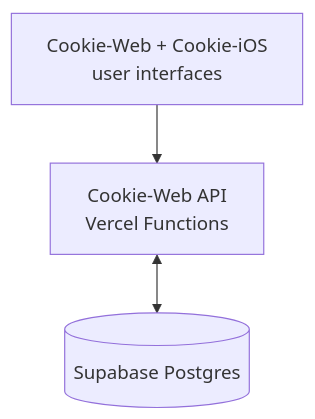
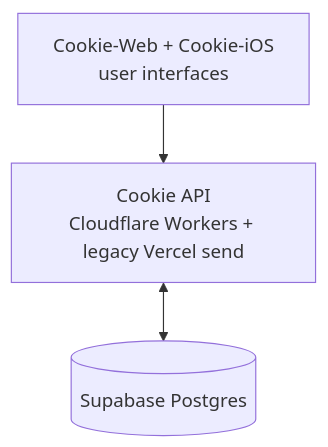
One commit to allistera/Cookie-Docs changed the first of 7 diagrams in docs/01-architecture.mdx. Above: the diagram before and after it, drawn with Mermaid. The commit also changed other lines of this file and 16 other files, not shown here.

Commit message:
docs: align system guide with current architecture

````diff
--- a/docs/01-architecture.mdx
+++ b/docs/01-architecture.mdx
@@ -21,9 +22,9 @@
 ```mermaid
 flowchart TB
     Clients["Cookie-Web + Cookie-iOS<br/>user interfaces"]
-    API["Cookie-Web API<br/>Vercel Functions"]
+    API["Cookie API<br/>Cloudflare Workers + legacy Vercel send"]
     DB[("Supabase Postgres")]
 
     Clients --> API
     API <--> DB
 ```
````
